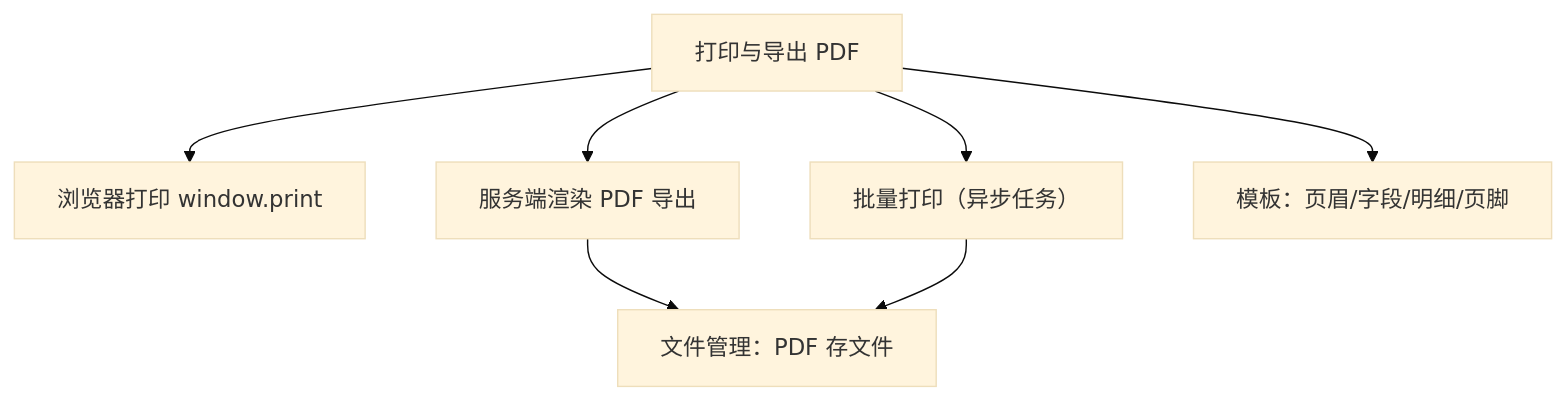
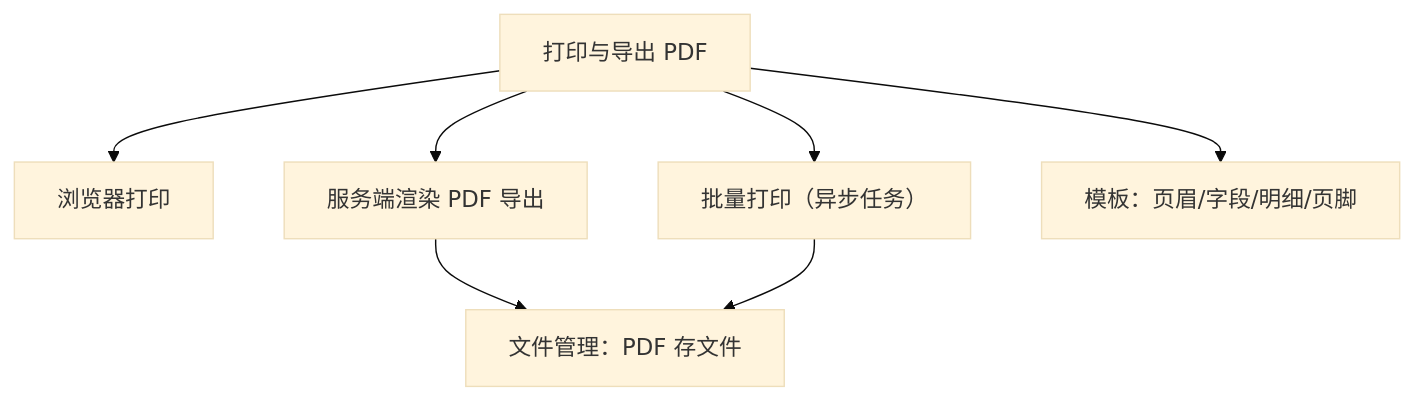
The diagram in bms文档/设计/组件设计/08_交互类/19_组件设计_打印与导出PDF/19_组件设计_打印与导出PDF.md (minjian123/basic-management-system), drawn with Mermaid (base theme) before and after one commit. The commit also changed other lines of this file and 238 other files, not shown here.

````diff
--- a/bms文档/设计/组件设计/08_交互类/19_组件设计_打印与导出PDF/19_组件设计_打印与导出PDF.md
+++ b/bms文档/设计/组件设计/08_交互类/19_组件设计_打印与导出PDF/19_组件设计_打印与导出PDF.md
@@ -17,9 +18,9 @@
 ```mermaid
 flowchart TD
-    A[打印与导出 PDF] --> B[浏览器打印 window.print]
+    A[打印与导出 PDF] --> B[浏览器打印]
     A --> C[服务端渲染 PDF 导出]
     A --> D[批量打印（异步任务）]
     C --> E[文件管理：PDF 存文件]
     D --> E
     A --> F[模板：页眉/字段/明细/页脚]
 ```
````
